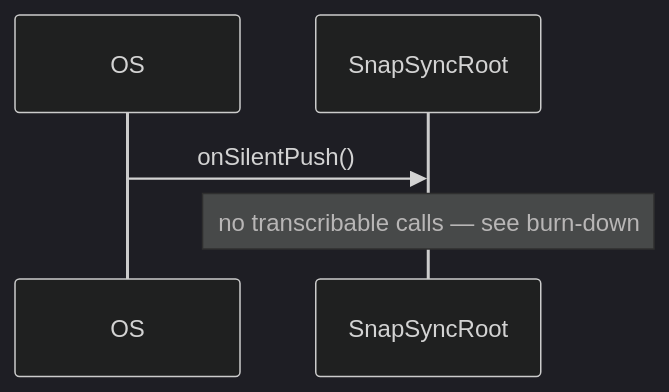
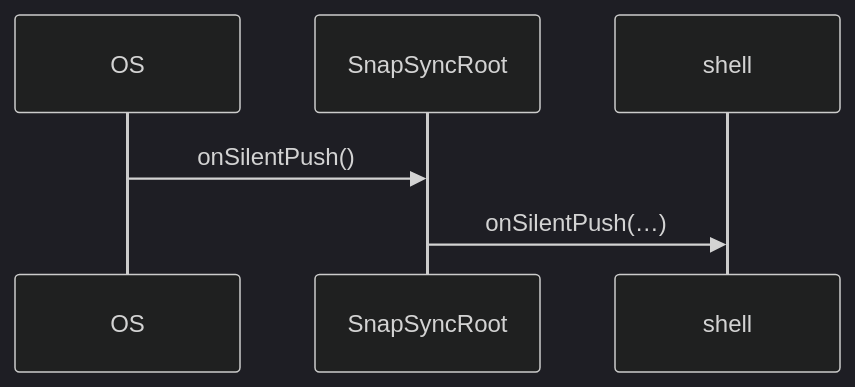
Before and after one commit to stefanhoelzl/SnapSync: the diagram in architecture/flows/onSilentPush.md, drawn with Mermaid (dark theme). The commit also changed other lines of this file and 65 other files, not shown here.

First line of the commit message:
feat(architecture): migration step 8 C3/3 — command bundle · rule sinks · the one-switch shell

````diff
--- a/architecture/flows/onSilentPush.md
+++ b/architecture/flows/onSilentPush.md
@@ -12,7 +12,8 @@
 ```mermaid
 sequenceDiagram
   participant OS
   participant SnapSyncRoot
+  participant shell
   OS->>SnapSyncRoot: onSilentPush()
-  Note over SnapSyncRoot: no transcribable calls — see burn-down
+  SnapSyncRoot->>shell: onSilentPush(…)
 ```
````
